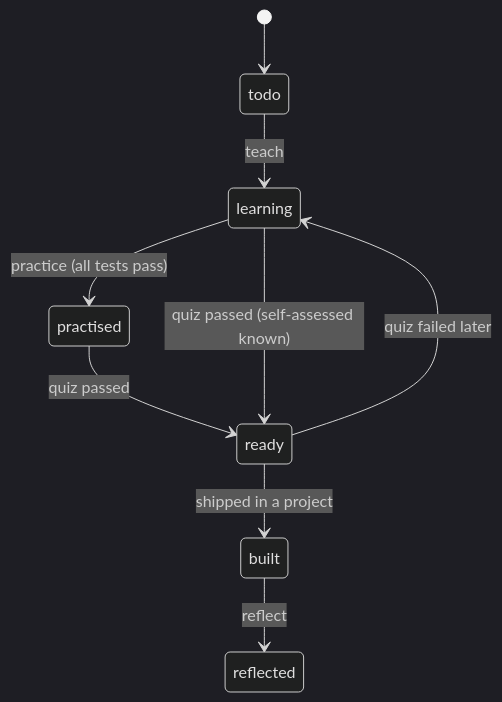
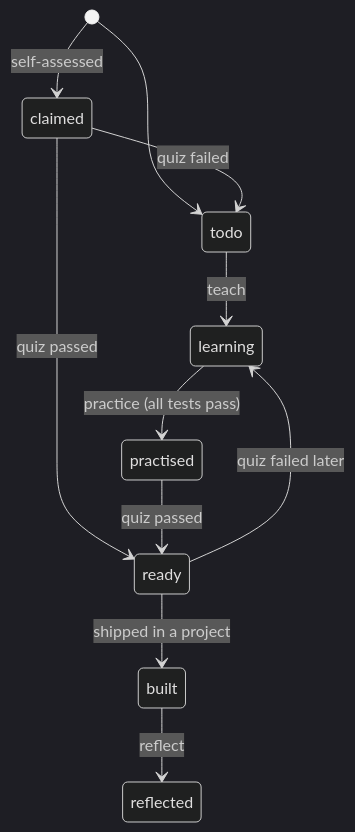
Before and after one commit to rafagomes/learning-workflow: the second of 2 diagrams in docs/WORKFLOW.md, drawn with Mermaid (dark theme). The commit also changed 5 other files, not shown here.

````diff
--- a/docs/WORKFLOW.md
+++ b/docs/WORKFLOW.md
@@ -63,11 +63,13 @@
 ```mermaid
 stateDiagram-v2
     [*] --> todo
+    [*] --> claimed: self-assessed
+    claimed --> ready: quiz passed
+    claimed --> todo: quiz failed
     todo --> learning: teach
     learning --> practised: practice (all tests pass)
     practised --> ready: quiz passed
-    learning --> ready: quiz passed (self-assessed known)
     ready --> built: shipped in a project
     built --> reflected: reflect
     ready --> learning: quiz failed later
 ```
````
